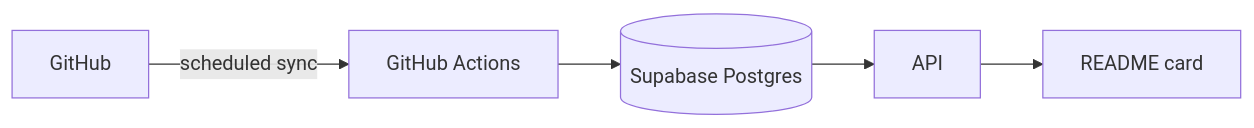
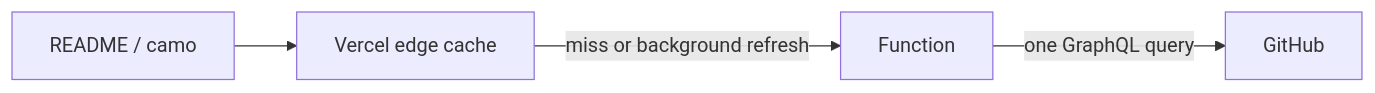
The diagram in README.md (PrajwalAmte/Github-Stats), drawn with Mermaid before and after one commit. The commit also changed other lines of this file and 49 other files, not shown here.

Commit message:
Removing DB dependency and optimising the architecture

````diff
--- a/README.md
+++ b/README.md
@@ -48,7 +104,6 @@
 ```mermaid
 flowchart LR
-    A[GitHub] -->|scheduled sync| B[GitHub Actions]
-    B --> C[(Supabase Postgres)]
-    C --> D[API]
-    D --> E[README card]
+    R[README / camo] --> C[Vercel edge cache]
+    C -- miss or background refresh --> F[Function]
+    F -- one GraphQL query --> G[GitHub]
 ```
````
